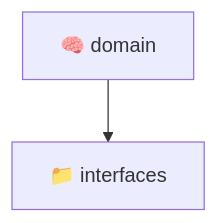
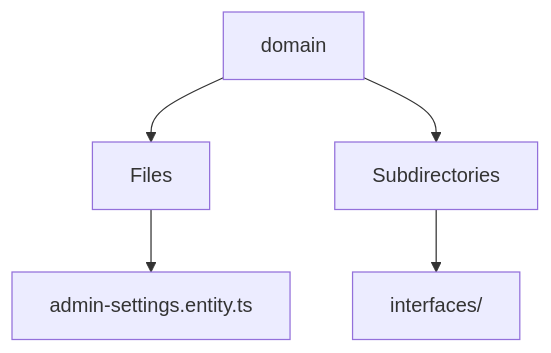
One commit to beginwebdev2002/fullstack-mavluda changed the diagram in backend/src/modules/admin-settings/domain/README.md. Above: the diagram before and after it, drawn with Mermaid. The commit also changed other lines of this file and 167 other files, not shown here.

````diff
--- a/backend/src/modules/admin-settings/domain/README.md
+++ b/backend/src/modules/admin-settings/domain/README.md
@@ -9,5 +12,7 @@
 ```mermaid
 graph TD
-  domain["🧠 domain"]
-  domain --> interfaces["📁 interfaces"]
+  domain --> Files
+  Files --> admin_settings_entity_ts[admin-settings.entity.ts]
+  domain --> Subdirectories
+  Subdirectories --> interfaces[interfaces/]
 ```
````
